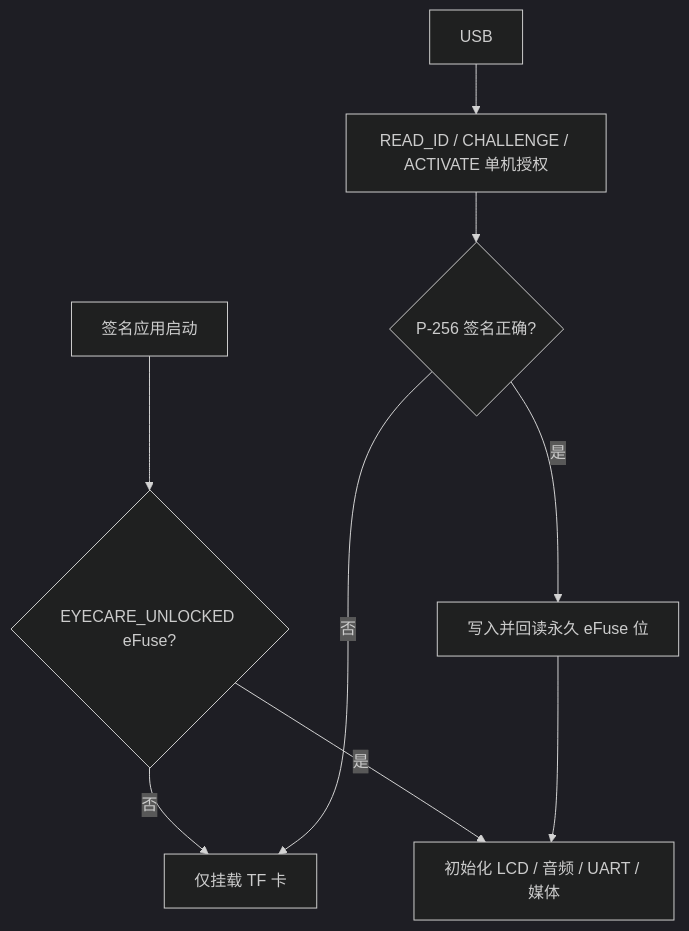
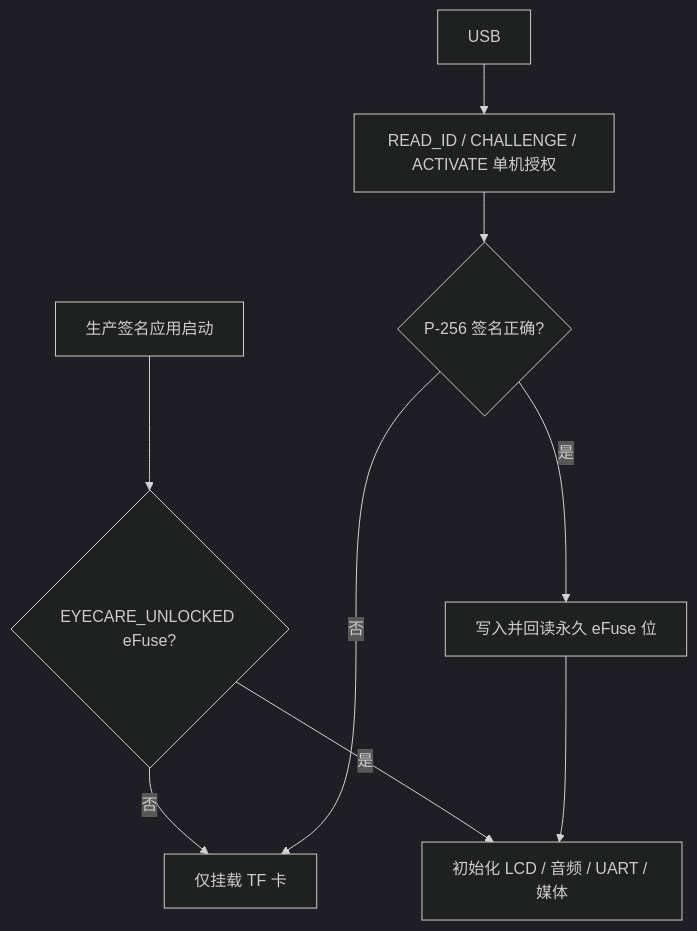
Before and after one commit to Mamekokwai/260604-Embed_EyeCare_ESP32S3_Eye_protection_instrument: the first of 3 diagrams in doc/Map/media_pipeline_archify.md, drawn with Mermaid (dark theme). The commit also changed other lines of this file and 30 other files, not shown here.

````diff
--- a/doc/Map/media_pipeline_archify.md
+++ b/doc/Map/media_pipeline_archify.md
@@ -7,11 +7,12 @@
 ```mermaid
 flowchart TD
-    BOOT[签名应用启动] --> FLAG{EYECARE_UNLOCKED eFuse?}
+    %% 以下生产安全链路仅适用于 product 分支，不属于 main 开发固件。
+    BOOT[生产签名应用启动] --> FLAG{EYECARE_UNLOCKED eFuse?}
     FLAG -->|是| APP[初始化 LCD / 音频 / UART / 媒体]
     FLAG -->|否| SD[仅挂载 TF 卡]
     USB --> TOKEN[READ_ID / CHALLENGE / ACTIVATE 单机授权]
     TOKEN --> VERIFY{P-256 签名正确?}
     VERIFY -->|否| SD
     VERIFY -->|是| BURN[写入并回读永久 eFuse 位]
     BURN --> APP
 ```
````
